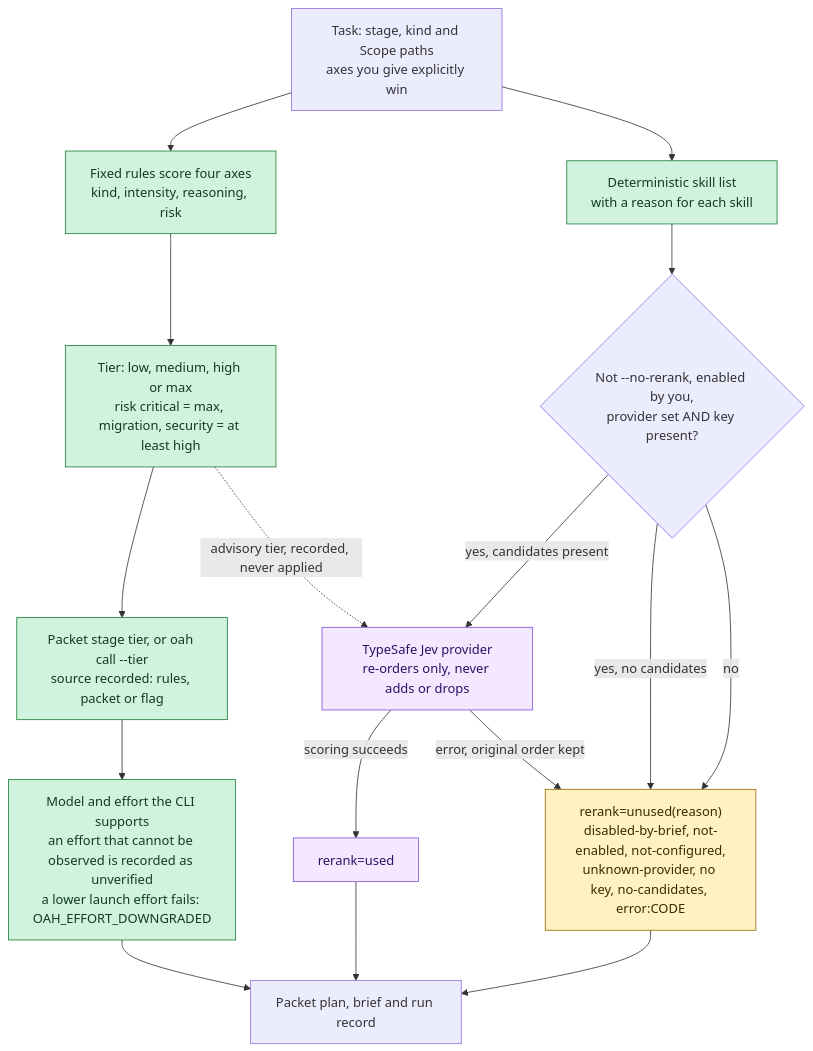
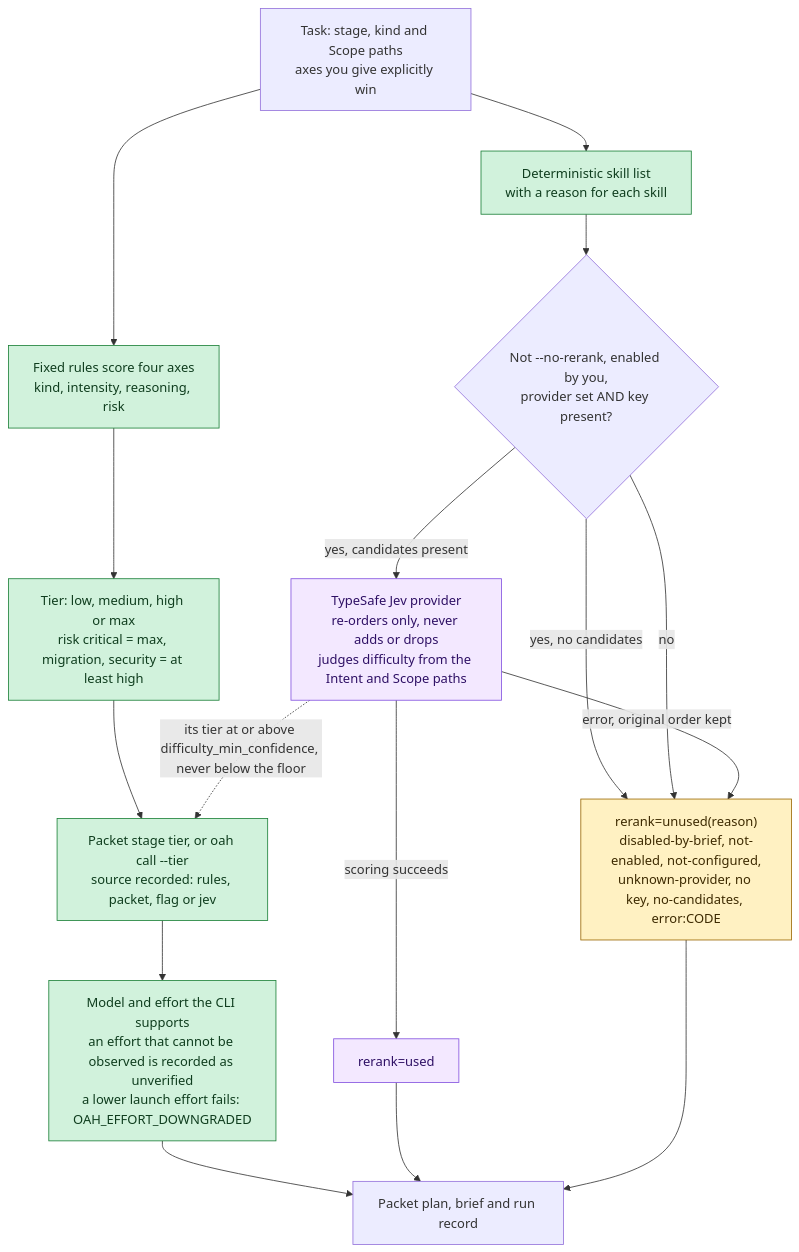
The third of 6 diagrams in docs/concepts.md (KenSuh/open-agent-harness), drawn with Mermaid before and after one commit. The commit also changed other lines of this file and 12 other files, not shown here.

First line of the commit message:
feat(docs): say what Jev now receives, when its tier counts and the design step

````diff
--- a/docs/concepts.md
+++ b/docs/concepts.md
@@ -166,33 +168,33 @@
 ```mermaid
 flowchart TD
     task["Task: stage, kind and Scope paths<br/>axes you give explicitly win"]
     score["Fixed rules score four axes<br/>kind, intensity, reasoning, risk"]
     tier["Tier: low, medium, high or max<br/>risk critical = max, migration, security = at least high"]
-    pick["Packet stage tier, or oah call --tier<br/>source recorded: rules, packet or flag"]
+    pick["Packet stage tier, or oah call --tier<br/>source recorded: rules, packet, flag or jev"]
     model["Model and effort the CLI supports<br/>an effort that cannot be observed is recorded as unverified<br/>a lower launch effort fails: OAH_EFFORT_DOWNGRADED"]
     skills["Deterministic skill list<br/>with a reason for each skill"]
     ask{"Not --no-rerank, enabled by you,<br/>provider set AND key present?"}
-    jev["TypeSafe Jev provider<br/>re-orders only, never adds or drops"]
+    jev["TypeSafe Jev provider<br/>re-orders only, never adds or drops<br/>judges difficulty from the Intent and Scope paths"]
     used["rerank=used"]
     unused["rerank=unused(reason)<br/>disabled-by-brief, not-enabled, not-configured,<br/>unknown-provider, no key, no-candidates, error:CODE"]
     brief["Packet plan, brief and run record"]
 
     task --> score --> tier --> pick --> model --> brief
     task --> skills
     skills --> ask
     ask -->|"yes, candidates present"| jev
     ask -->|"yes, no candidates"| unused
     ask -->|"no"| unused
     jev -->|"scoring succeeds"| used
     jev -->|"error, original order kept"| unused
     used --> brief
     unused --> brief
-    tier -.->|"advisory tier, recorded, never applied"| jev
+    jev -.->|"its tier at or above difficulty_min_confidence, never below the floor"| pick
 
     classDef rule fill:#d1f2dc,stroke:#1a7f37,color:#0f3d1e
     classDef ai fill:#f3e8ff,stroke:#8250df,color:#2e1065
     classDef note fill:#fff1c2,stroke:#9a6700,color:#3d2a00
     class score,tier,pick,model,skills rule
     class jev,used ai
     class unused note
 ```
````
